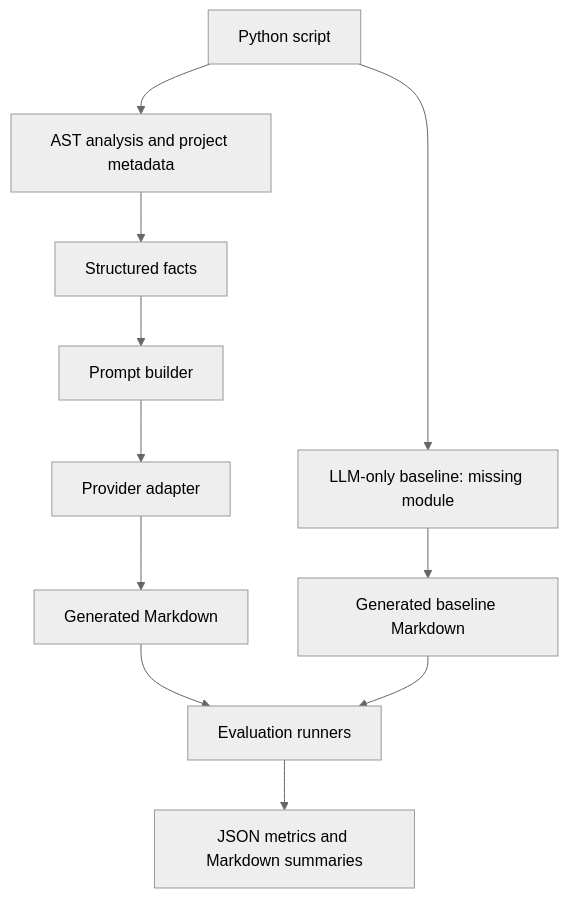
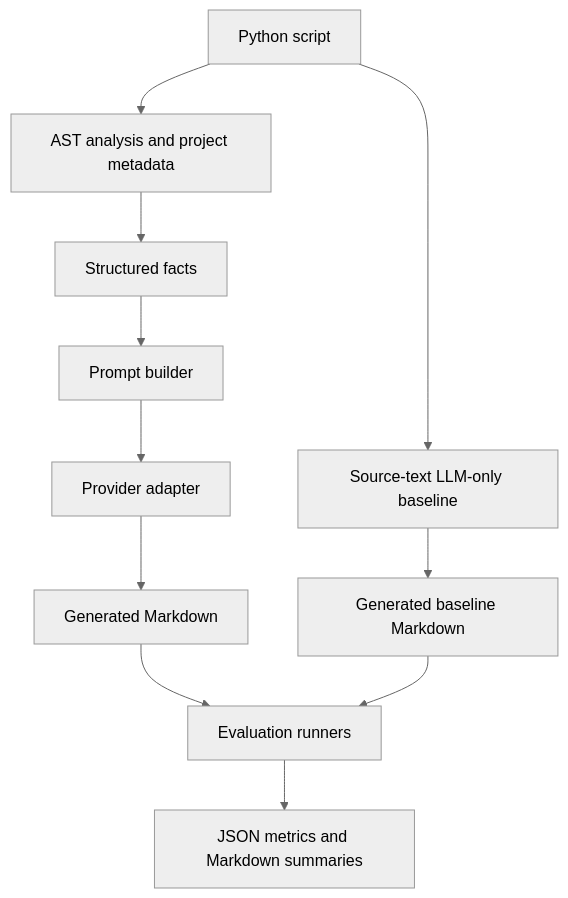
The diagram in README.md (HIRAL13CHOKSI/-readme-gen-ai), drawn with Mermaid (neutral theme) before and after one commit. The commit also changed other lines of this file and 4 other files, not shown here.

Commit message:
Implement source-text no-AST baseline with offline tests and provenance (#3)

````diff
--- a/README.md
+++ b/README.md
@@ -33,13 +33,13 @@
 ```mermaid
 flowchart TD
     A["Python script"] --> B["AST analysis and project metadata"]
     B --> C["Structured facts"]
     C --> D["Prompt builder"]
     D --> E["Provider adapter"]
     E --> F["Generated Markdown"]
-    A --> G["LLM-only baseline: missing module"]
+    A --> G["Source-text LLM-only baseline"]
     G --> H["Generated baseline Markdown"]
     F --> I["Evaluation runners"]
     H --> I
     I --> J["JSON metrics and Markdown summaries"]
 ```
````
